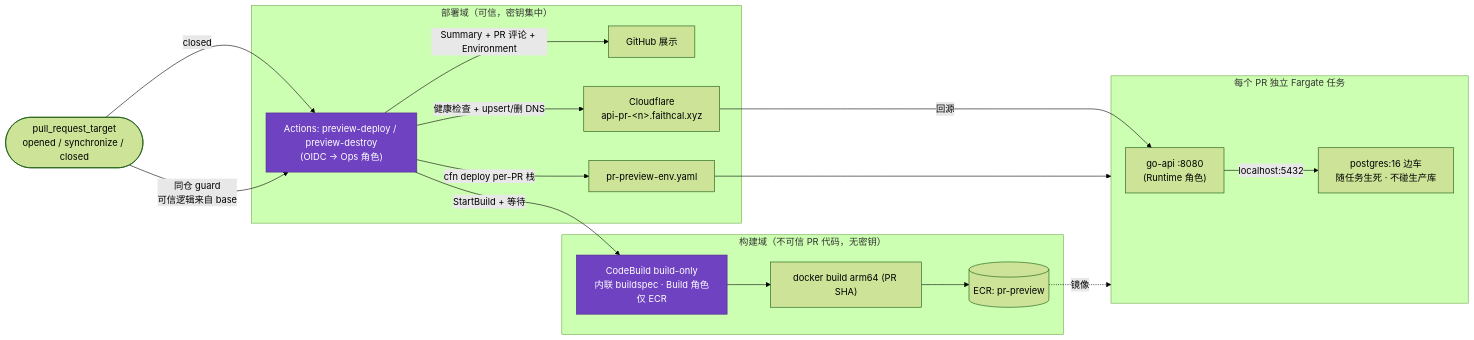
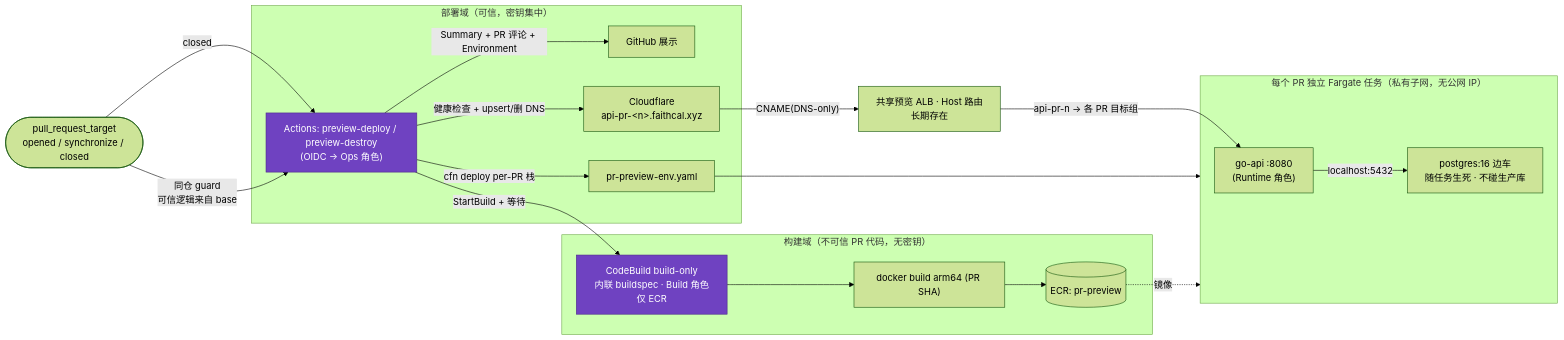
One commit to PrettyKing/github-repositories-fllow changed the sixth of 8 diagrams in docs/架构图.md. Above: the diagram before and after it, drawn with Mermaid (forest theme). The commit also changed other lines of this file and 8 other files, not shown here.

````diff
--- a/docs/架构图.md
+++ b/docs/架构图.md
@@ -197,29 +197,30 @@
 ```mermaid
 graph LR
     PR(["pull_request_target<br/>opened / synchronize / closed"])
     PR -->|"同仓 guard<br/>可信逻辑来自 base"| WF["Actions: preview-deploy / preview-destroy<br/>(OIDC → Ops 角色)"]
 
     subgraph BUILD["构建域（不可信 PR 代码，无密钥）"]
         CB["CodeBuild build-only<br/>内联 buildspec · Build 角色仅 ECR"]
         CB --> Img["docker build arm64 (PR SHA)"]
         Img --> ECR2[("ECR: pr-preview")]
     end
     subgraph DEPLOY["部署域（可信，密钥集中）"]
         WF -->|StartBuild + 等待| CB
         WF -->|"cfn deploy per-PR 栈"| Stack["pr-preview-env.yaml"]
         WF -->|"健康检查 + upsert/删 DNS"| CFD["Cloudflare<br/>api-pr-&lt;n&gt;.faithcal.xyz"]
         WF -->|"Summary + PR 评论 + Environment"| GH["GitHub 展示"]
     end
-    subgraph ENV["每个 PR 独立 Fargate 任务"]
+    subgraph ENV["每个 PR 独立 Fargate 任务（私有子网，无公网 IP）"]
         GoP["go-api :8080<br/>(Runtime 角色)"]
         PG["postgres:16 边车<br/>随任务生死 · 不碰生产库"]
         GoP -->|localhost:5432| PG
     end
     ECR2 -.镜像.-> ENV
     Stack --> ENV
-    CFD -->|回源| GoP
+    CFD -->|"CNAME(DNS-only)"| ALB["共享预览 ALB · Host 路由<br/>长期存在"]
+    ALB -->|"api-pr-n → 各 PR 目标组"| GoP
     PR -->|closed| WF
 
     classDef role fill:#6f42c1,stroke:#4c2889,color:#fff
     class WF,CB role
 ```
````
